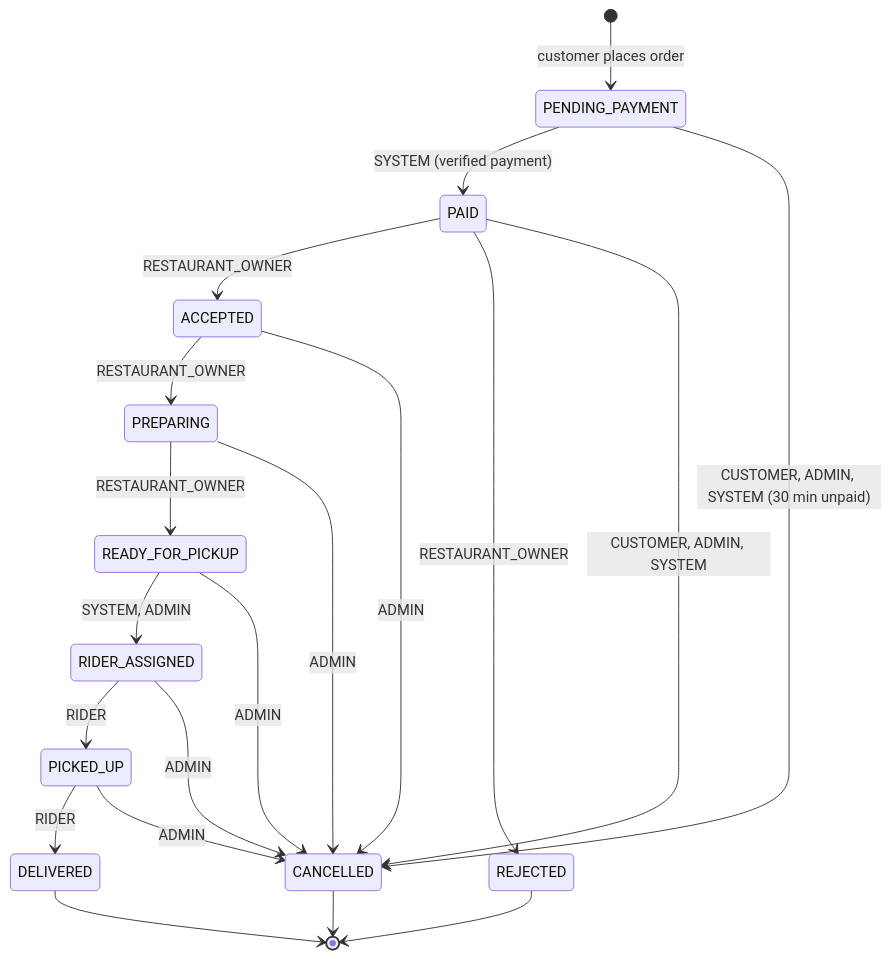
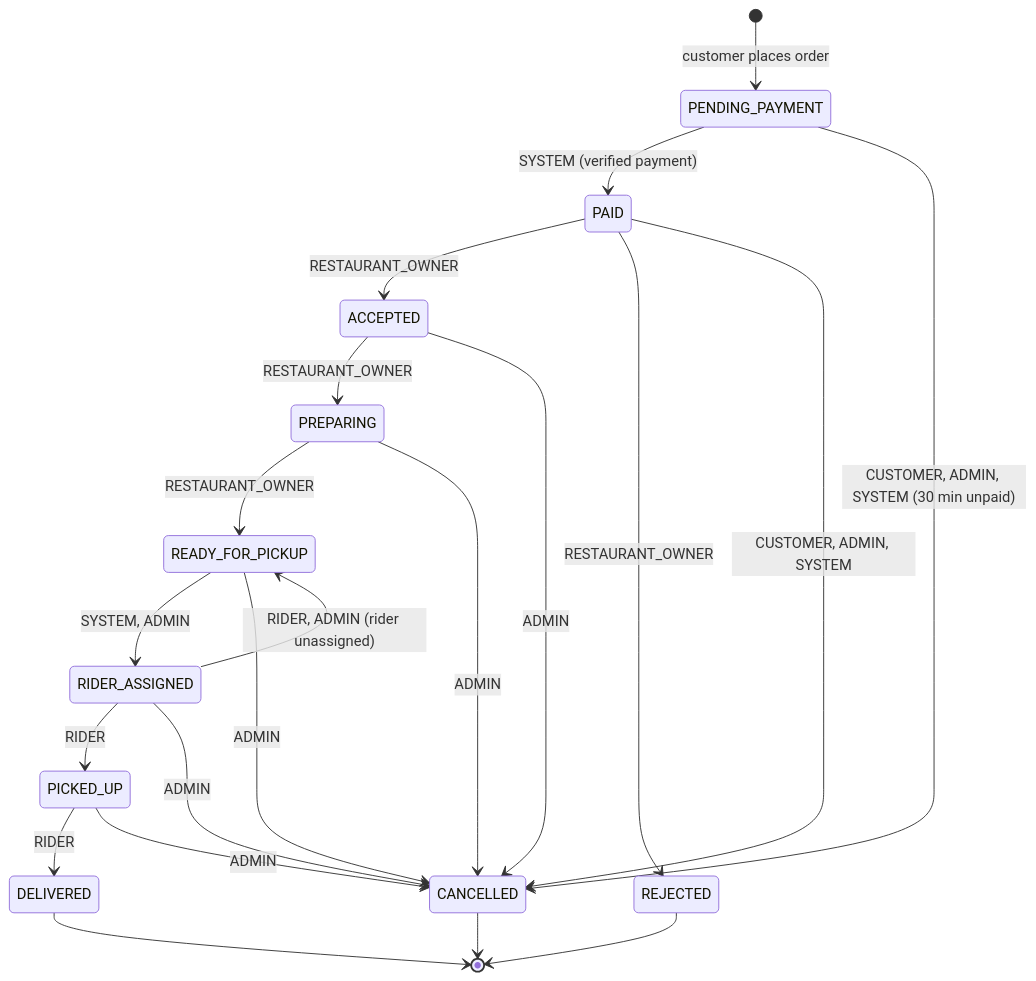
One commit to localcodetech/cibushub changed the diagram in docs/order-state-machine.md. Above: the diagram before and after it, drawn with Mermaid. The commit also changed other lines of this file and 20 other files, not shown here.

Commit message:
feat(assignment): admin assigns, replaces or removes a rider before pickup; rider gives a delivery back; RIDER_ASSIGNED -> READY_FOR_PICKUP on unassign; admin cancel frees the rider [AC-ASSIGN-07, AC-ASSIGN-08]

````diff
--- a/docs/order-state-machine.md
+++ b/docs/order-state-machine.md
@@ -5,22 +5,23 @@
 ```mermaid
 stateDiagram-v2
     [*] --> PENDING_PAYMENT : customer places order
     PENDING_PAYMENT --> PAID : SYSTEM (verified payment)
     PENDING_PAYMENT --> CANCELLED : CUSTOMER, ADMIN, SYSTEM (30 min unpaid)
     PAID --> ACCEPTED : RESTAURANT_OWNER
     PAID --> REJECTED : RESTAURANT_OWNER
     PAID --> CANCELLED : CUSTOMER, ADMIN, SYSTEM
     ACCEPTED --> PREPARING : RESTAURANT_OWNER
     PREPARING --> READY_FOR_PICKUP : RESTAURANT_OWNER
     READY_FOR_PICKUP --> RIDER_ASSIGNED : SYSTEM, ADMIN
     RIDER_ASSIGNED --> PICKED_UP : RIDER
+    RIDER_ASSIGNED --> READY_FOR_PICKUP : RIDER, ADMIN (rider unassigned)
     PICKED_UP --> DELIVERED : RIDER
     ACCEPTED --> CANCELLED : ADMIN
     PREPARING --> CANCELLED : ADMIN
     READY_FOR_PICKUP --> CANCELLED : ADMIN
     RIDER_ASSIGNED --> CANCELLED : ADMIN
     PICKED_UP --> CANCELLED : ADMIN
     DELIVERED --> [*]
     REJECTED --> [*]
     CANCELLED --> [*]
 ```
````
